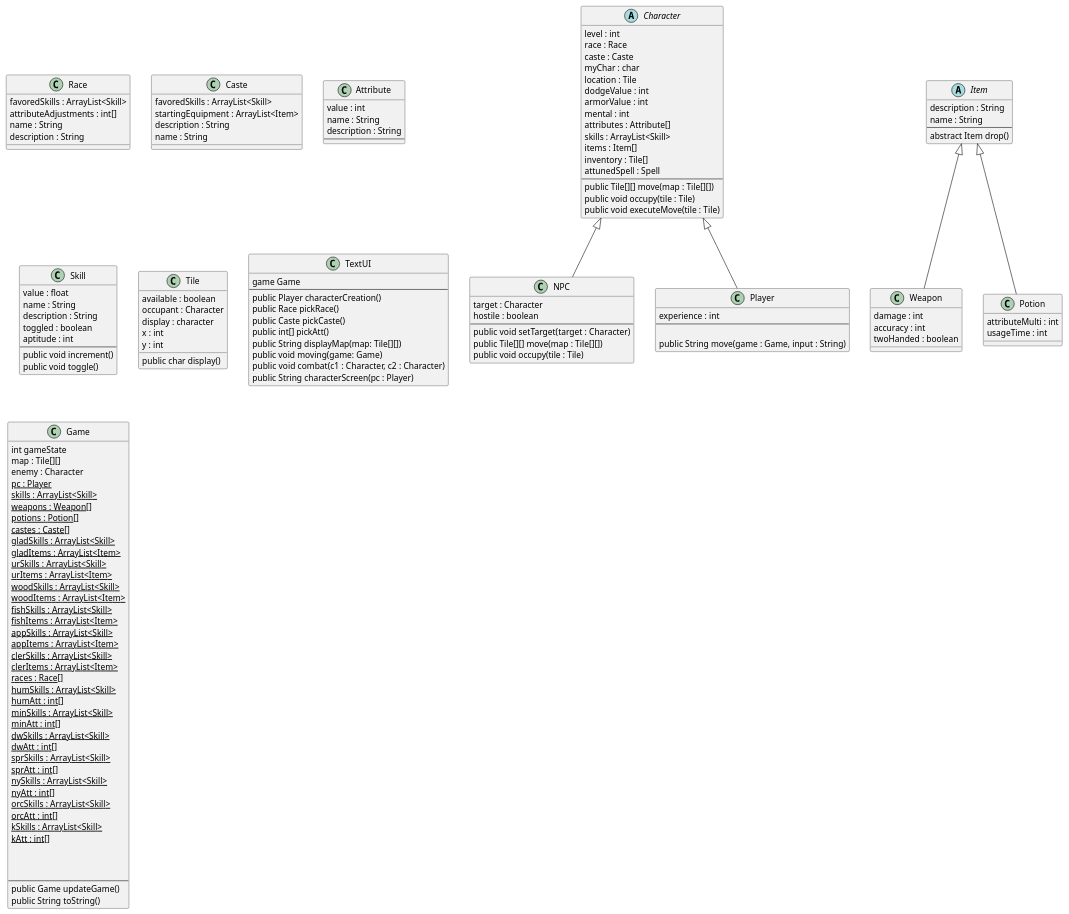
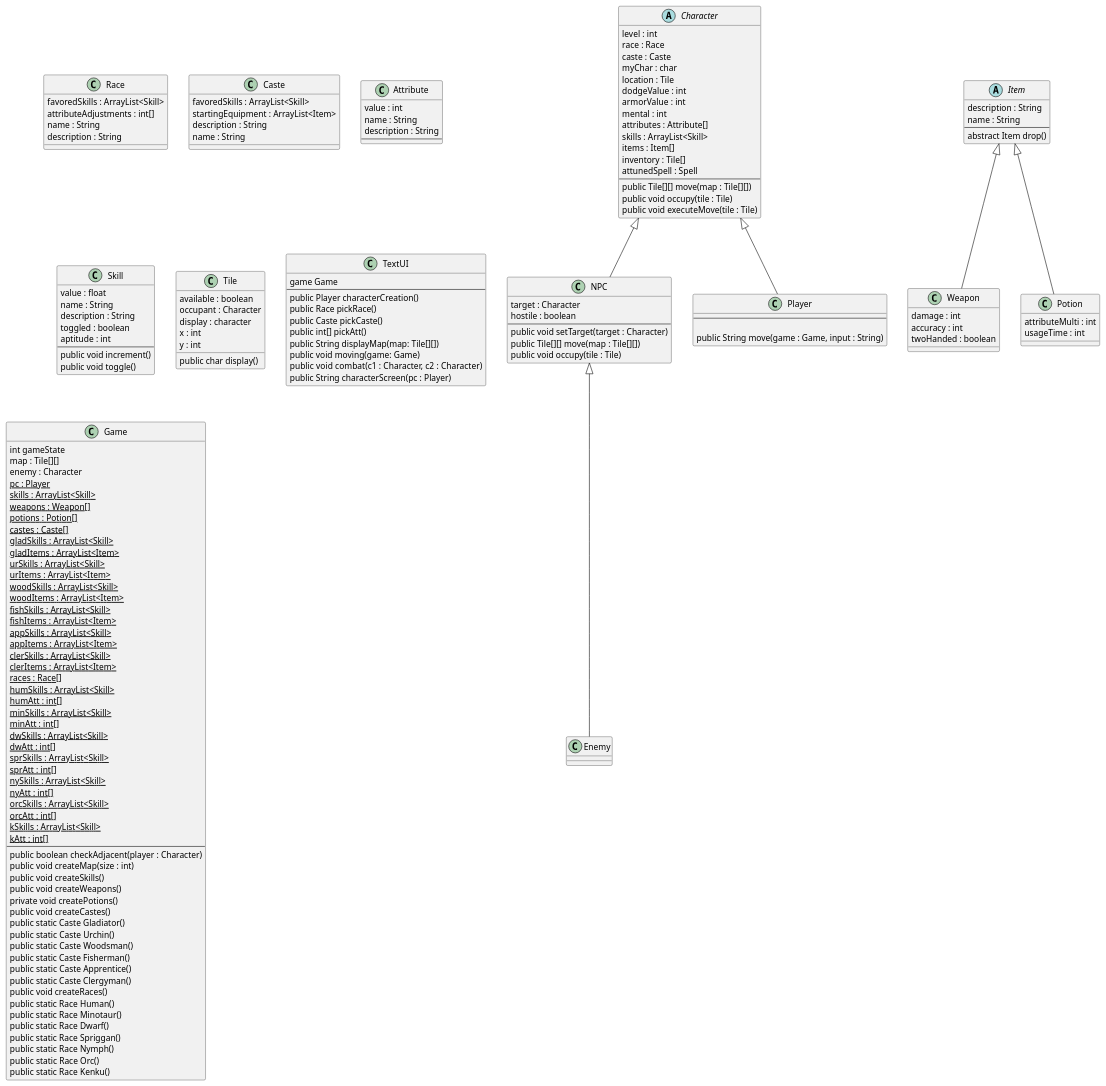
One commit to dgoldman30/Dungeon_Crawler changed the seventh of 7 diagrams in doc/design.md. Above: the diagram before and after it, drawn with PlantUML. The commit also changed 1 other file, not shown here.

Commit message:
Finished documenting class UML, but need to draw associations and redo sequence diagrams with controller. I also added the test-report.md which we'll have to do tomorrow. Also need to discuss what we want for iteration 2 and identify use cases.

```diff
--- a/doc/design.md
+++ b/doc/design.md
@@ -201,9 +201,11 @@
     public Tile[][] move(map : Tile[][])
     public void occupy(tile : Tile)
 }
+class  Enemy {  
+}
+
 
 class Player {
-    experience : int
     --
     
     public String move(game : Game, input : String)
@@ -211,6 +213,7 @@
 
 Character <|-- NPC
 Character <|-- Player
+NPC <|-- Enemy
 
 
 class Race {
@@ -327,12 +330,27 @@
 {static} orcAtt : int[]
 {static} kSkills : ArrayList<Skill>
 {static} kAtt : int[]
-
-
-
 --
-public Game updateGame()
-public String toString()
+public boolean checkAdjacent(player : Character)
+public void createMap(size : int)
+public void createSkills()
+public void createWeapons()
+private void createPotions()
+public void createCastes()
+public static Caste Gladiator()
+public static Caste Urchin()
+public static Caste Woodsman()
+public static Caste Fisherman()
+public static Caste Apprentice()
+public static Caste Clergyman()
+public void createRaces()
+public static Race Human()
+public static Race Minotaur()
+public static Race Dwarf()
+public static Race Spriggan()
+public static Race Nymph()
+public static Race Orc()
+public static Race Kenku()
 }
 
 
```
